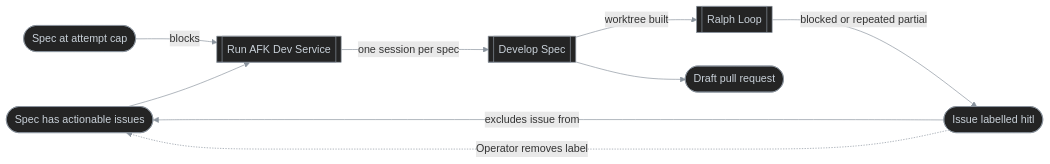
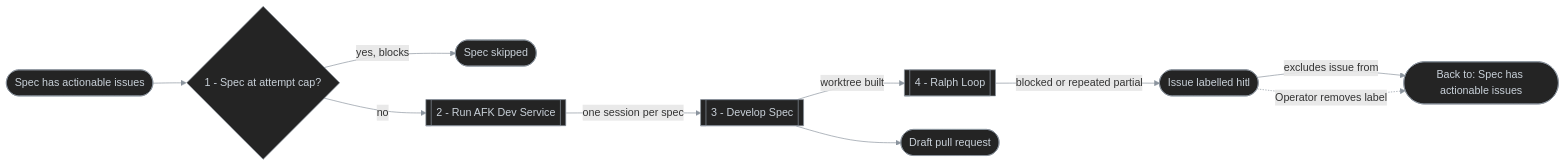
One commit to antshc/loop changed the fourth of 4 diagrams in docs/concepts/dom-autonomous-spec-delivery.md. Above: the diagram before and after it, drawn with Mermaid. The commit also changed other lines of this file, not shown here.

Commit message:
Enhance diagram clarity by adding step numbers and improving labels in the Autonomous Spec Delivery documentation

````diff
--- a/docs/concepts/dom-autonomous-spec-delivery.md
+++ b/docs/concepts/dom-autonomous-spec-delivery.md
@@ -230,23 +231,26 @@
 ```mermaid
 %%{init: {'themeVariables': {'lineColor': '#8b949e'}}}%%
 %% diagram-id: autonomous-spec-delivery-relationships
 flowchart LR
     actionable(["Spec has actionable issues"])
-    capped(["Spec at attempt cap"])
+    cap{"1 - Spec at attempt cap?"}
+    skipped(["Spec skipped"])
     hitl(["Issue labelled hitl"])
-    run[["Run AFK Dev Service"]]
-    dev[["Develop Spec"]]
-    loop[["Ralph Loop"]]
+    run[["2 - Run AFK Dev Service"]]
+    dev[["3 - Develop Spec"]]
+    loop[["4 - Ralph Loop"]]
     pr(["Draft pull request"])
+    backActionable(["Back to: Spec has actionable issues"])
 
-    actionable --> run
-    capped -- blocks --> run
+    actionable --> cap
+    cap -- "yes, blocks" --> skipped
+    cap -- no --> run
     run -- "one session per spec" --> dev
     dev -- "worktree built" --> loop
     dev --> pr
     loop -- "blocked or repeated partial" --> hitl
-    hitl -- excludes issue from --> actionable
-    hitl -. "Operator removes label" .-> actionable
+    hitl -- excludes issue from --> backActionable
+    hitl -. "Operator removes label" .-> backActionable
 
     classDef default fill:#242424,stroke:#8b949e,color:#c9d1d9,stroke-width:1px
 ```
````
